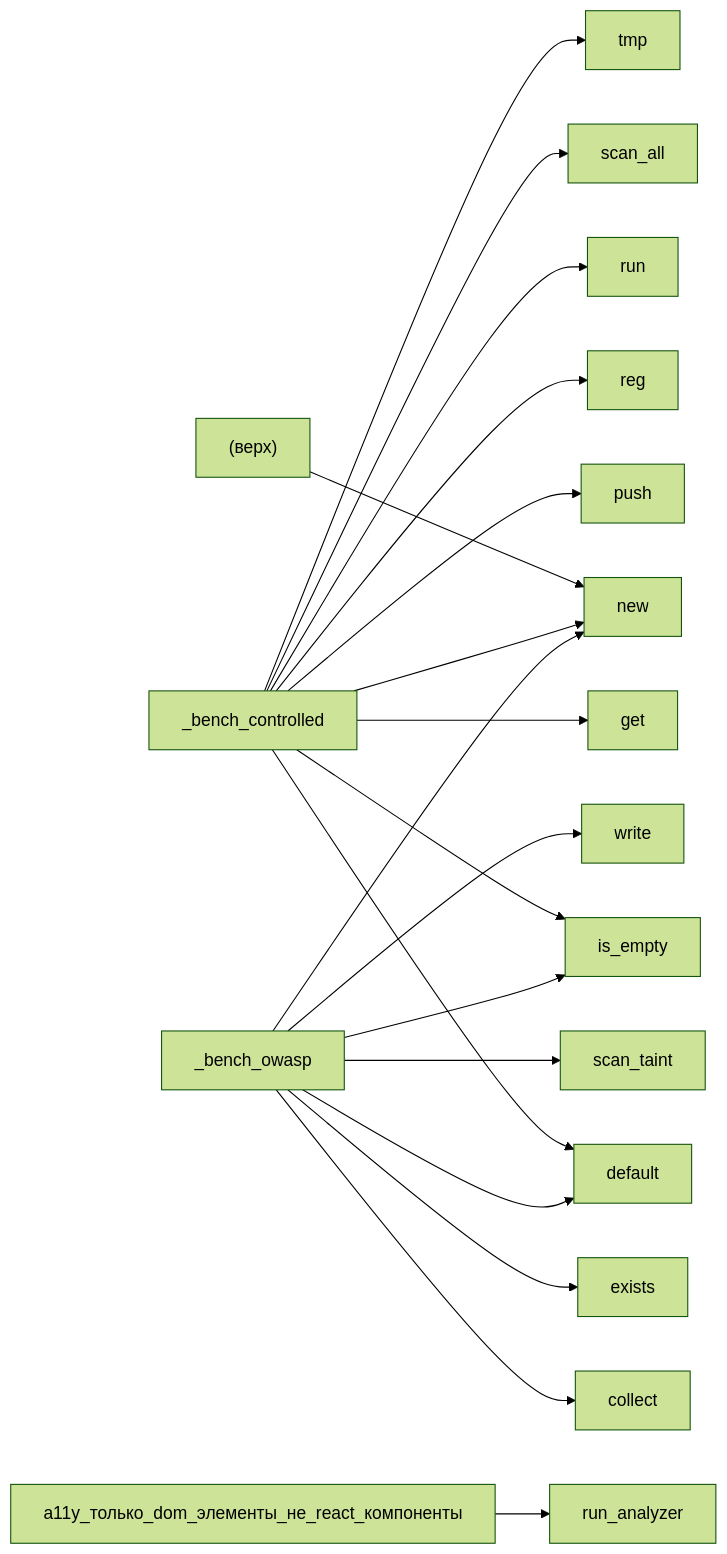
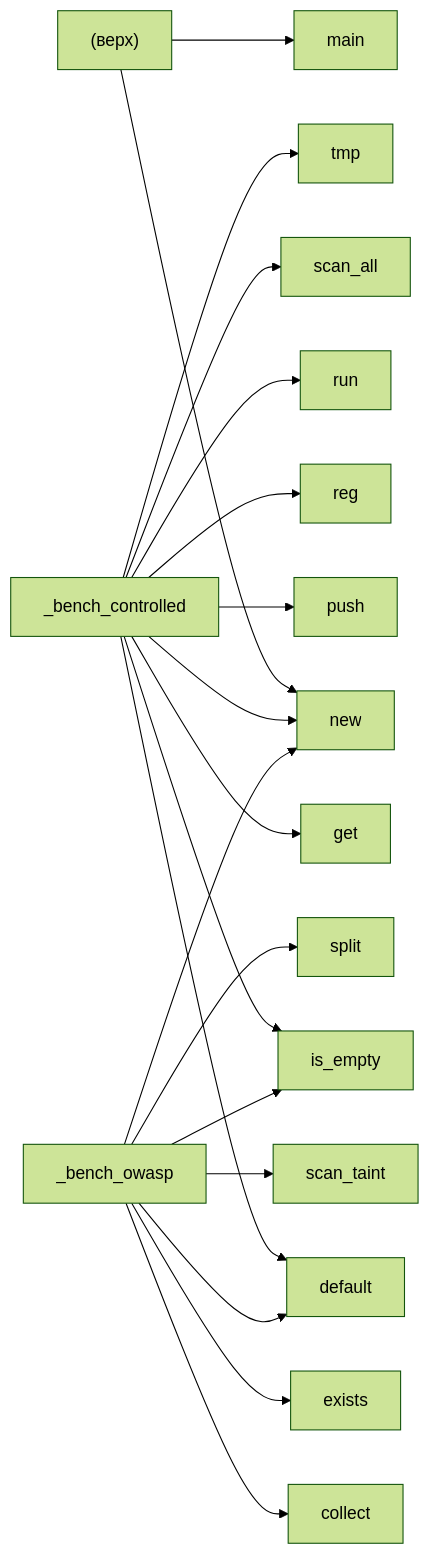
One commit to pro-deploy/ailc changed the third of 3 diagrams in docs/C4.md. Above: the diagram before and after it, drawn with Mermaid (forest theme). The commit also changed other lines of this file and 10 other files, not shown here.

Commit message:
chore(release): версия 0.5.0: README и ROADMAP под автономность, документация перегенерирована из кода

````diff
--- a/docs/C4.md
+++ b/docs/C4.md
@@ -34,21 +35,21 @@
 ```mermaid
 flowchart LR
+  ______["(верх)"] --> main["main"]
   ______["(верх)"] --> new["new"]
   _bench_controlled["_bench_controlled"] --> default["default"]
   _bench_controlled["_bench_controlled"] --> get["get"]
   _bench_controlled["_bench_controlled"] --> is_empty["is_empty"]
   _bench_controlled["_bench_controlled"] --> new["new"]
   _bench_controlled["_bench_controlled"] --> push["push"]
   _bench_controlled["_bench_controlled"] --> reg["reg"]
   _bench_controlled["_bench_controlled"] --> run["run"]
   _bench_controlled["_bench_controlled"] --> scan_all["scan_all"]
   _bench_controlled["_bench_controlled"] --> tmp["tmp"]
   _bench_owasp["_bench_owasp"] --> collect["collect"]
   _bench_owasp["_bench_owasp"] --> default["default"]
   _bench_owasp["_bench_owasp"] --> exists["exists"]
   _bench_owasp["_bench_owasp"] --> is_empty["is_empty"]
   _bench_owasp["_bench_owasp"] --> new["new"]
   _bench_owasp["_bench_owasp"] --> scan_taint["scan_taint"]
-  _bench_owasp["_bench_owasp"] --> write["write"]
-  a11y________dom_____________react___________["a11y_только_dom_элементы_не_react_компоненты"] --> run_analyzer["run_analyzer"]
+  _bench_owasp["_bench_owasp"] --> split["split"]
 ```
````
